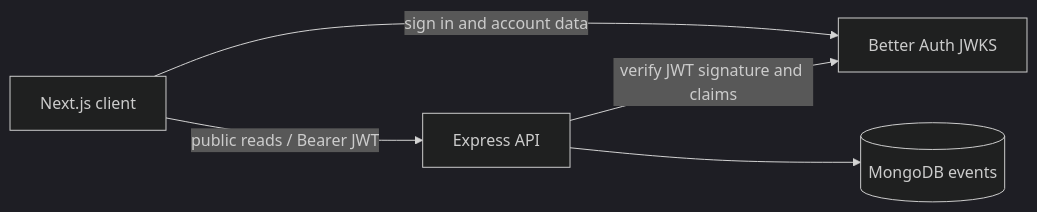
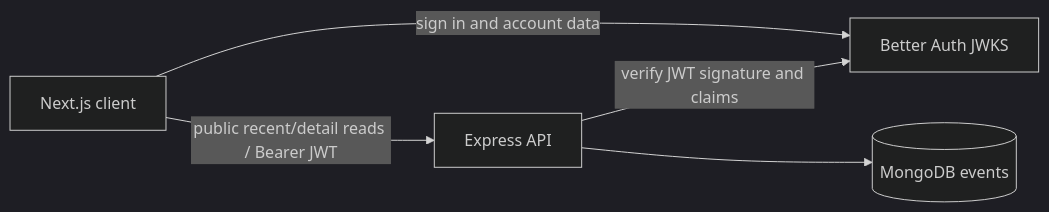
Before and after one commit to nnasif78/togetherly-server: the diagram in README.md, drawn with Mermaid (dark theme). The commit also changed other lines of this file and 1 other file, not shown here.

Commit message:
clarify API access requirements for events and update README to include technology stack

````diff
--- a/README.md
+++ b/README.md
@@ -40,7 +53,7 @@
 ```mermaid
 flowchart LR
-    Browser[Next.js client] -->|public reads / Bearer JWT| API[Express API]
+    Browser[Next.js client] -->|public recent/detail reads / Bearer JWT| API[Express API]
     API -->|verify JWT signature and claims| Auth[Better Auth JWKS]
     API --> DB[(MongoDB events)]
     Browser -->|sign in and account data| Auth
 ```
````
